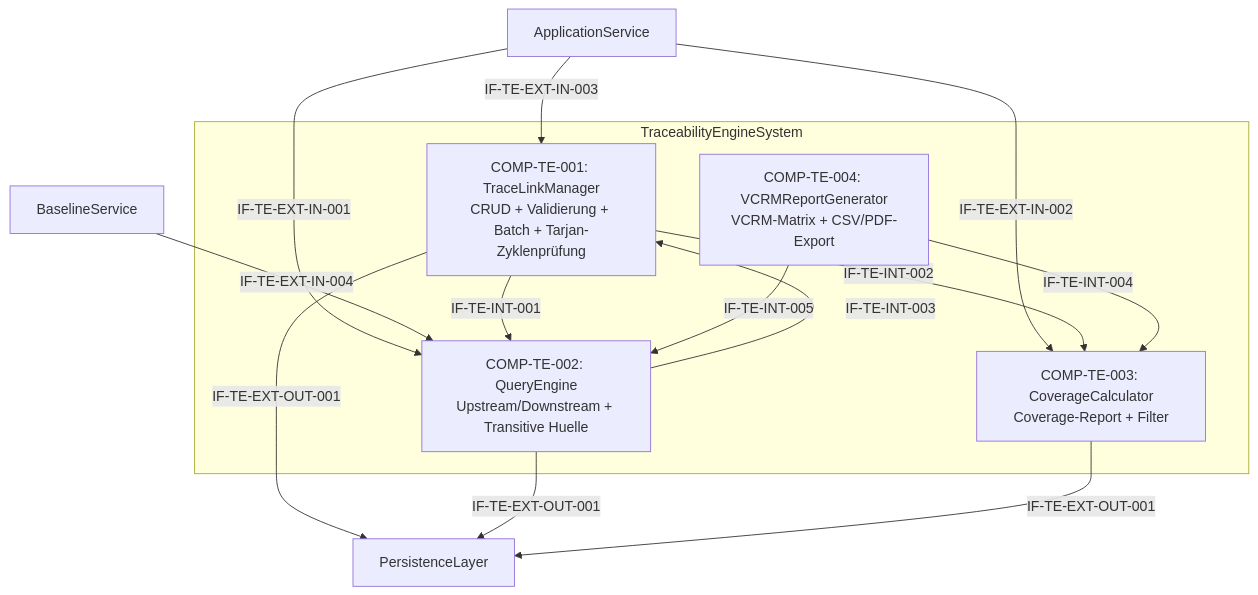
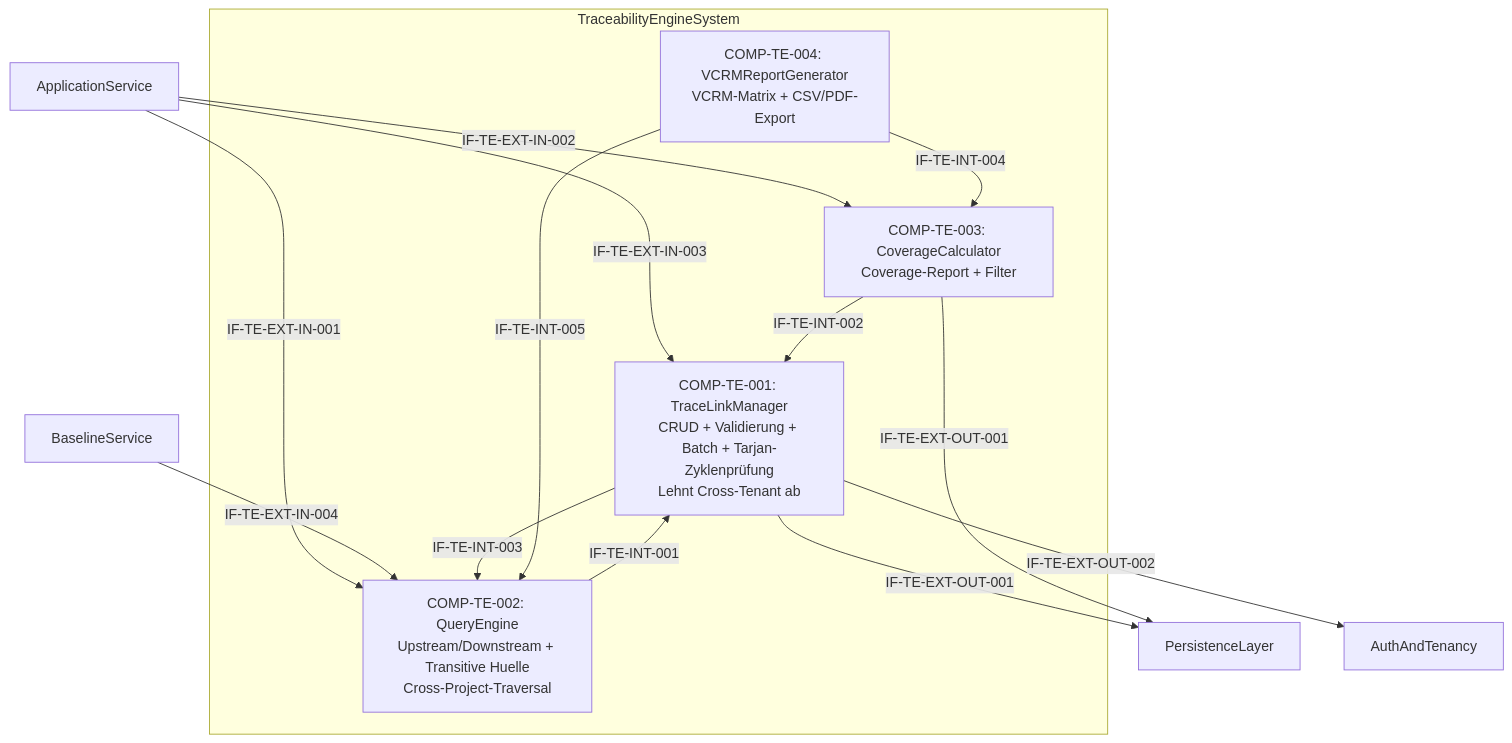
The diagram in docs/se/L1/Gesamtsystem/L2/TraceabilityEngineSystem/L2_TraceabilityEngineSystem_Architecture.md (Popoboxxo/ReqogniLoom), drawn with Mermaid before and after one commit. The commit also changed other lines of this file and 44 other files, not shown here.

````diff
--- a/docs/se/L1/Gesamtsystem/L2/TraceabilityEngineSystem/L2_TraceabilityEngineSystem_Architecture.md
+++ b/docs/se/L1/Gesamtsystem/L2/TraceabilityEngineSystem/L2_TraceabilityEngineSystem_Architecture.md
@@ -54,24 +55,24 @@
 ```mermaid
 flowchart TD
     subgraph TraceabilityEngineSystem
-        C001["COMP-TE-001: TraceLinkManager<br/>CRUD + Validierung + Batch + Tarjan-Zyklenprüfung"]
-        C002["COMP-TE-002: QueryEngine<br/>Upstream/Downstream + Transitive Huelle"]
+        C001["COMP-TE-001: TraceLinkManager<br/>CRUD + Validierung + Batch + Tarjan-Zyklenprüfung<br/>Lehnt Cross-Tenant ab"]
+        C002["COMP-TE-002: QueryEngine<br/>Upstream/Downstream + Transitive Huelle<br/>Cross-Project-Traversal"]
         C003["COMP-TE-003: CoverageCalculator<br/>Coverage-Report + Filter"]
         C004["COMP-TE-004: VCRMReportGenerator<br/>VCRM-Matrix + CSV/PDF-Export"]
     end
 
     ext_in1["ApplicationService"] -->|IF-TE-EXT-IN-001| C002
     ext_in1 -->|IF-TE-EXT-IN-002| C003
     ext_in1 -->|IF-TE-EXT-IN-003| C001
     ext_in2["BaselineService"] -->|IF-TE-EXT-IN-004| C002
 
-    C001 -->|IF-TE-INT-001| C002
-    C001 -->|IF-TE-INT-002| C003
-    C002 -->|IF-TE-INT-003| C001
+    C002 -->|IF-TE-INT-001| C001
+    C003 -->|IF-TE-INT-002| C001
+    C001 -->|IF-TE-INT-003| C002
     C004 -->|IF-TE-INT-004| C003
     C004 -->|IF-TE-INT-005| C002
 
     C001 -->|IF-TE-EXT-OUT-001| ext_db["PersistenceLayer"]
-    C002 -->|IF-TE-EXT-OUT-001| ext_db
     C003 -->|IF-TE-EXT-OUT-001| ext_db
+    C001 -->|IF-TE-EXT-OUT-002| ext_auth["AuthAndTenancy"]
 ```
````
